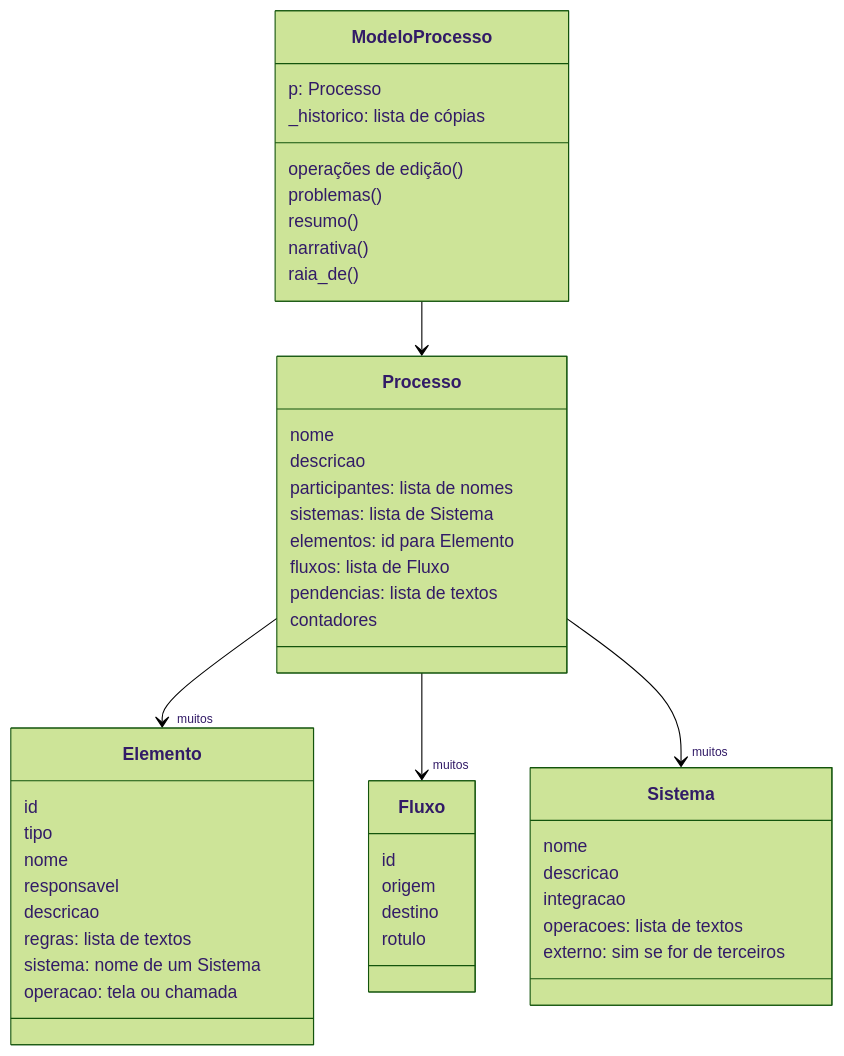
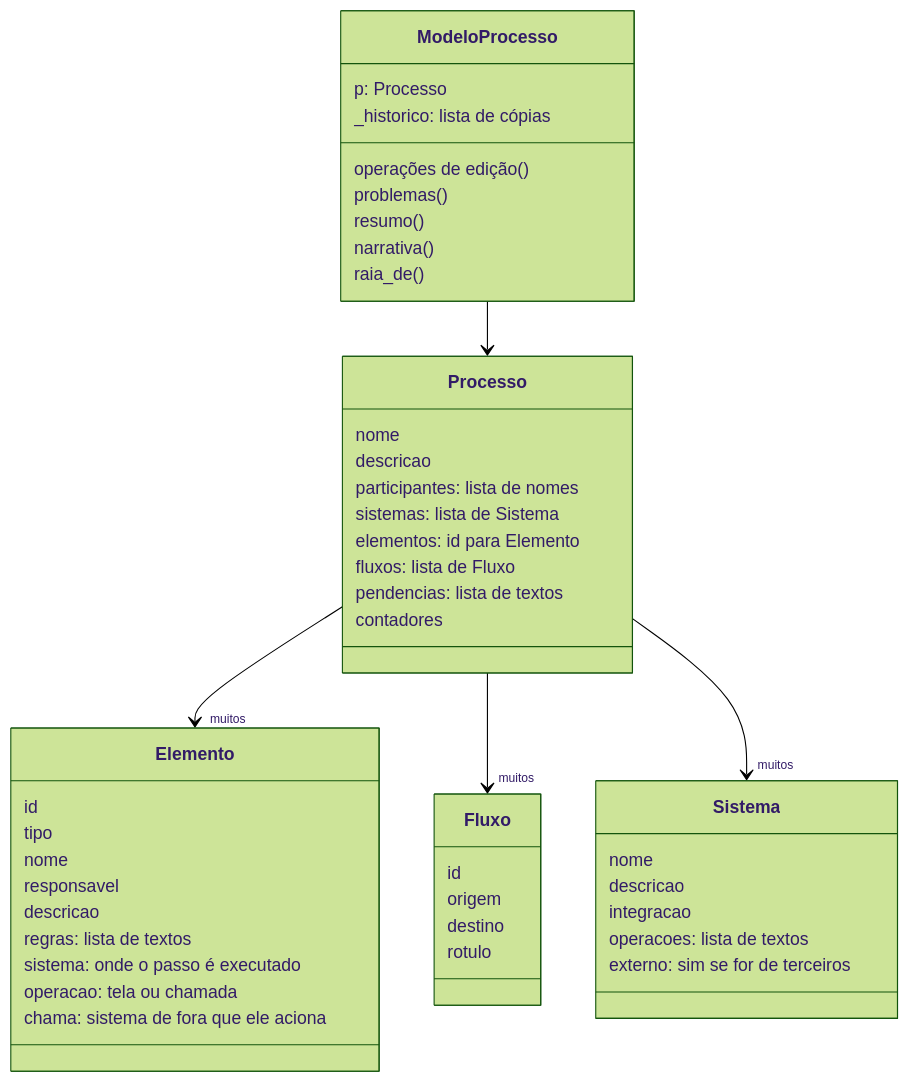
Before and after one commit to arthurparahyba/bpmn-agent: the second of 4 diagrams in docs/pecas/modelo.md, drawn with Mermaid (forest theme). The commit also changed other lines of this file and 12 other files, not shown here.

Commit message:
Passo com sistema que executa e sistema que chama; aviso de chamada repetida; aviso de conclusao tambem para pergunta de fechamento

````diff
--- a/docs/pecas/modelo.md
+++ b/docs/pecas/modelo.md
@@ -52,49 +52,50 @@
 ```mermaid
 classDiagram
     class ModeloProcesso {
         p: Processo
         _historico: lista de cópias
         operações de edição()
         problemas()
         resumo()
         narrativa()
         raia_de()
     }
     class Processo {
         nome
         descricao
         participantes: lista de nomes
         sistemas: lista de Sistema
         elementos: id para Elemento
         fluxos: lista de Fluxo
         pendencias: lista de textos
         contadores
     }
     class Elemento {
         id
         tipo
         nome
         responsavel
         descricao
         regras: lista de textos
-        sistema: nome de um Sistema
+        sistema: onde o passo é executado
         operacao: tela ou chamada
+        chama: sistema de fora que ele aciona
     }
     class Sistema {
         nome
         descricao
         integracao
         operacoes: lista de textos
         externo: sim se for de terceiros
     }
     class Fluxo {
         id
         origem
         destino
         rotulo
     }
     ModeloProcesso --> Processo
     Processo --> "muitos" Elemento
     Processo --> "muitos" Fluxo
     Processo --> "muitos" Sistema
 ```
````
